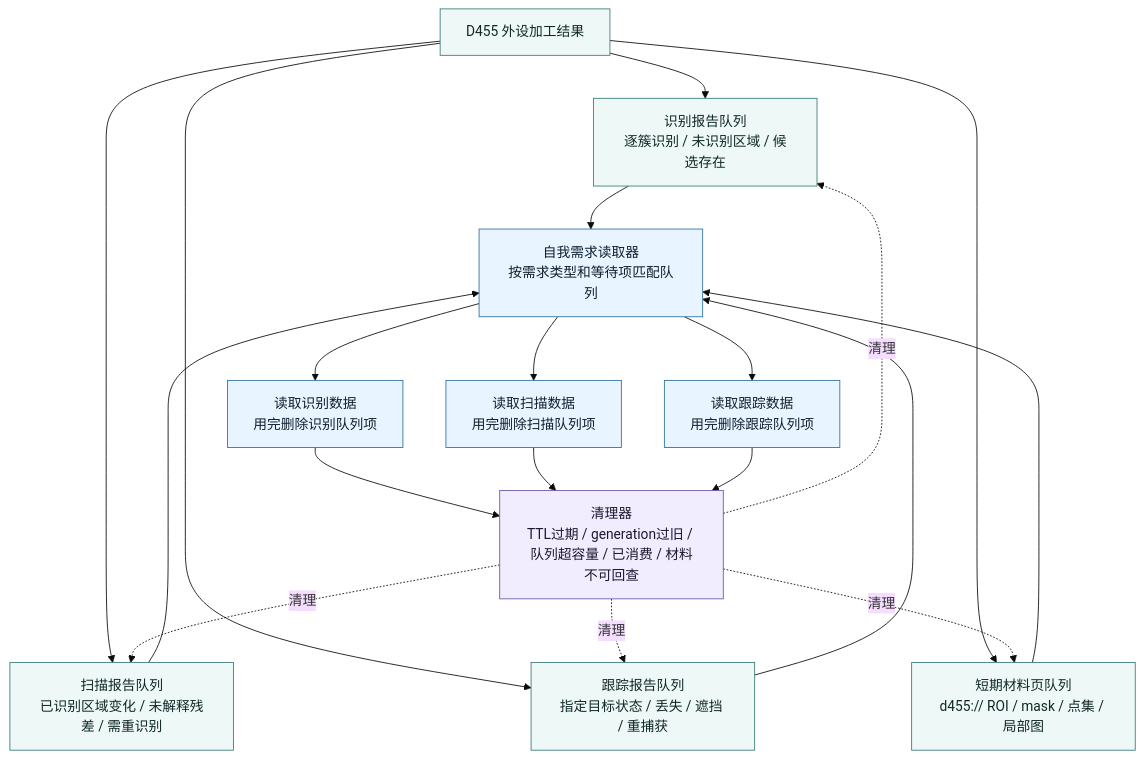
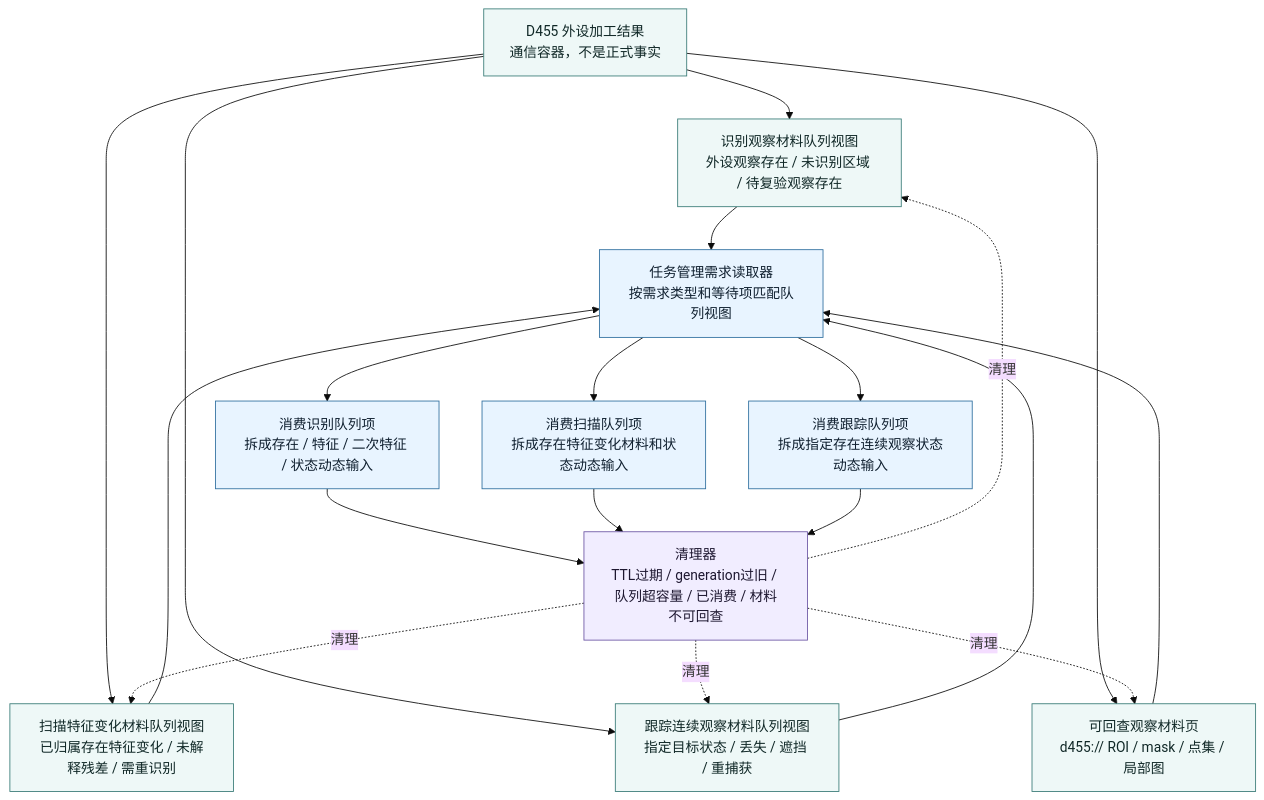
One commit to chunhaizh-cyber/Birthplace-of-digital-civilization changed the third of 3 diagrams in 流程图/20260606_D455外设侧工作流程图_v0.2.md. Above: the diagram before and after it, drawn with Mermaid (base theme). The commit also changed other lines of this file and 7 other files, not shown here.

Commit message:
修订外设流程图正式承接口径

````diff
--- a/流程图/20260606_D455外设侧工作流程图_v0.2.md
+++ b/流程图/20260606_D455外设侧工作流程图_v0.2.md
@@ -171,33 +176,33 @@
 ```mermaid
 flowchart TB
-    A["D455 外设加工结果"]
-    B["识别报告队列<br/>逐簇识别 / 未识别区域 / 候选存在"]
-    C["扫描报告队列<br/>已识别区域变化 / 未解释残差 / 需重识别"]
-    D["跟踪报告队列<br/>指定目标状态 / 丢失 / 遮挡 / 重捕获"]
-    E["短期材料页队列<br/>d455:// ROI / mask / 点集 / 局部图"]
-    F["自我需求读取器<br/>按需求类型和等待项匹配队列"]
-    G["读取识别数据<br/>用完删除识别队列项"]
-    H["读取扫描数据<br/>用完删除扫描队列项"]
-    I["读取跟踪数据<br/>用完删除跟踪队列项"]
+    A["D455 外设加工结果<br/>通信容器，不是正式事实"]
+    B["识别观察材料队列视图<br/>外设观察存在 / 未识别区域 / 待复验观察存在"]
+    C["扫描特征变化材料队列视图<br/>已归属存在特征变化 / 未解释残差 / 需重识别"]
+    D["跟踪连续观察材料队列视图<br/>指定目标状态 / 丢失 / 遮挡 / 重捕获"]
+    E["可回查观察材料页<br/>d455:// ROI / mask / 点集 / 局部图"]
+    F["任务管理需求读取器<br/>按需求类型和等待项匹配队列视图"]
+    G["消费识别队列项<br/>拆成存在 / 特征 / 二次特征 / 状态动态输入"]
+    H["消费扫描队列项<br/>拆成存在特征变化材料和状态动态输入"]
+    I["消费跟踪队列项<br/>拆成指定存在连续观察状态动态输入"]
     J["清理器<br/>TTL过期 / generation过旧 / 队列超容量 / 已消费 / 材料不可回查"]
 
     A --> B --> F
     A --> C --> F
     A --> D --> F
     A --> E --> F
     F --> G --> J
     F --> H --> J
     F --> I --> J
     J -.清理.-> B
     J -.清理.-> C
     J -.清理.-> D
     J -.清理.-> E
 
     classDef queue fill:#eef8f7,stroke:#397b77,color:#102827;
     classDef self fill:#e8f4ff,stroke:#2f6f9f,color:#102030;
     classDef cleaner fill:#f1edff,stroke:#6c56a4,color:#1d1730;
 
     class A,B,C,D,E queue;
     class F,G,H,I self;
     class J cleaner;
 ```
````
